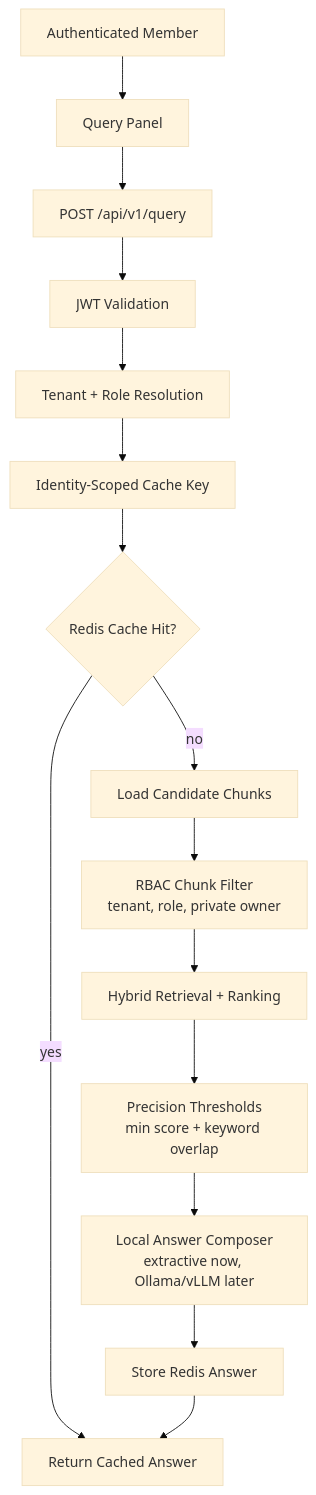
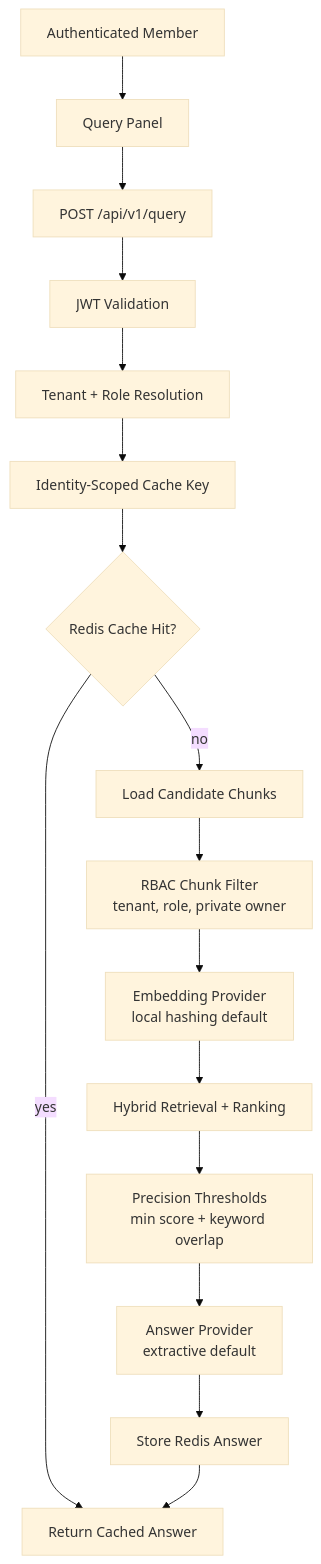
The third of 7 diagrams in docs/flow-diagrams.md (lnrdwarampudis-git/rag-saas-docs-ingestion-poc), drawn with Mermaid (base theme) before and after one commit. The commit also changed other lines of this file and 9 other files, not shown here.

Commit message:
Document local model provider configuration

````diff
--- a/docs/flow-diagrams.md
+++ b/docs/flow-diagrams.md
@@ -74,17 +74,18 @@
 ```mermaid
 flowchart TD
   member["Authenticated Member"] --> queryUi["Query Panel"]
   queryUi --> queryApi["POST /api/v1/query"]
   queryApi --> token["JWT Validation"]
   token --> rbac["Tenant + Role Resolution"]
   rbac --> cacheKey["Identity-Scoped Cache Key"]
   cacheKey --> redis{"Redis Cache Hit?"}
   redis -- yes --> answer["Return Cached Answer"]
   redis -- no --> chunks["Load Candidate Chunks"]
   chunks --> filter["RBAC Chunk Filter<br/>tenant, role, private owner"]
-  filter --> rank["Hybrid Retrieval + Ranking"]
+  filter --> embed["Embedding Provider<br/>local hashing default"]
+  embed --> rank["Hybrid Retrieval + Ranking"]
   rank --> threshold["Precision Thresholds<br/>min score + keyword overlap"]
-  threshold --> compose["Local Answer Composer<br/>extractive now, Ollama/vLLM later"]
+  threshold --> compose["Answer Provider<br/>extractive default"]
   compose --> saveCache["Store Redis Answer"]
   saveCache --> answer
 ```
````
